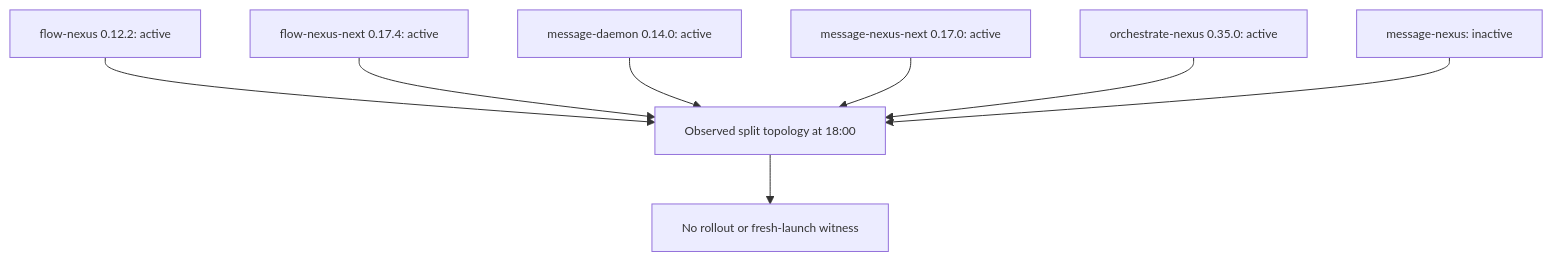
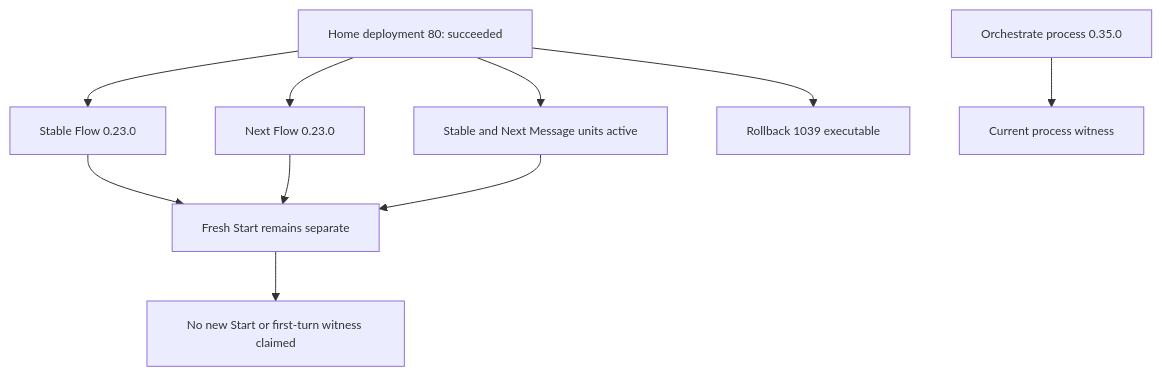
One commit to LiGoldragon/primary changed the third of 5 diagrams in flows/dea0ba/reports/deployment-investigation.md. Above: the diagram before and after it, drawn with Mermaid. The commit also changed other lines of this file, not shown here.

Commit message:
Mind Astra dea0ba: correct Home 80 deployment outcome

````diff
--- a/flows/dea0ba/reports/deployment-investigation.md
+++ b/flows/dea0ba/reports/deployment-investigation.md
@@ -115,11 +121,13 @@
 ```mermaid
 %%{init: {'themeVariables': {'fontSize': '12px'}} }%%
 flowchart TD
-  S[flow-nexus 0.12.2: active] --> Q[Observed split topology at 18:00]
-  N[flow-nexus-next 0.17.4: active] --> Q
-  SM[message-daemon 0.14.0: active] --> Q
-  NM[message-nexus-next 0.17.0: active] --> Q
-  O[orchestrate-nexus 0.35.0: active] --> Q
-  K[message-nexus: inactive] --> Q
-  Q --> U[No rollout or fresh-launch witness]
+  H[Home deployment 80: succeeded] --> F[Stable Flow 0.23.0]
+  H --> N[Next Flow 0.23.0]
+  H --> M[Stable and Next Message units active]
+  H --> R[Rollback 1039 executable]
+  O[Orchestrate process 0.35.0] --> C[Current process witness]
+  F --> B[Fresh Start remains separate]
+  N --> B
+  M --> B
+  B --> U[No new Start or first-turn witness claimed]
 ```
````
